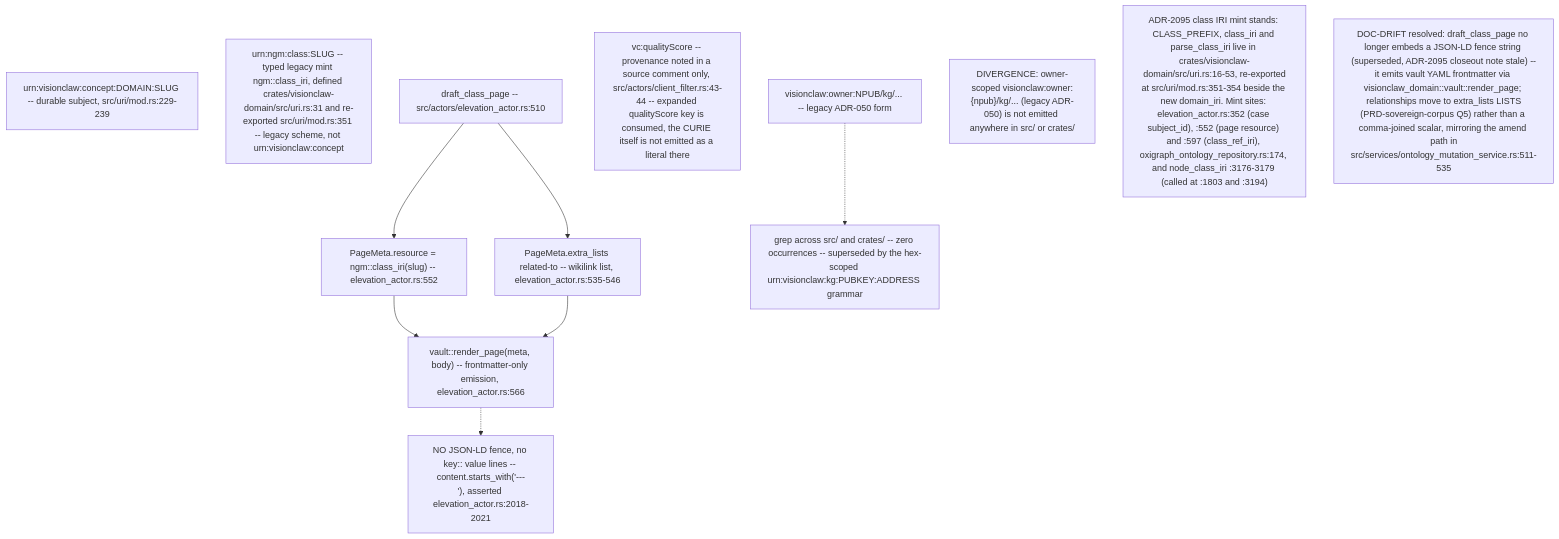
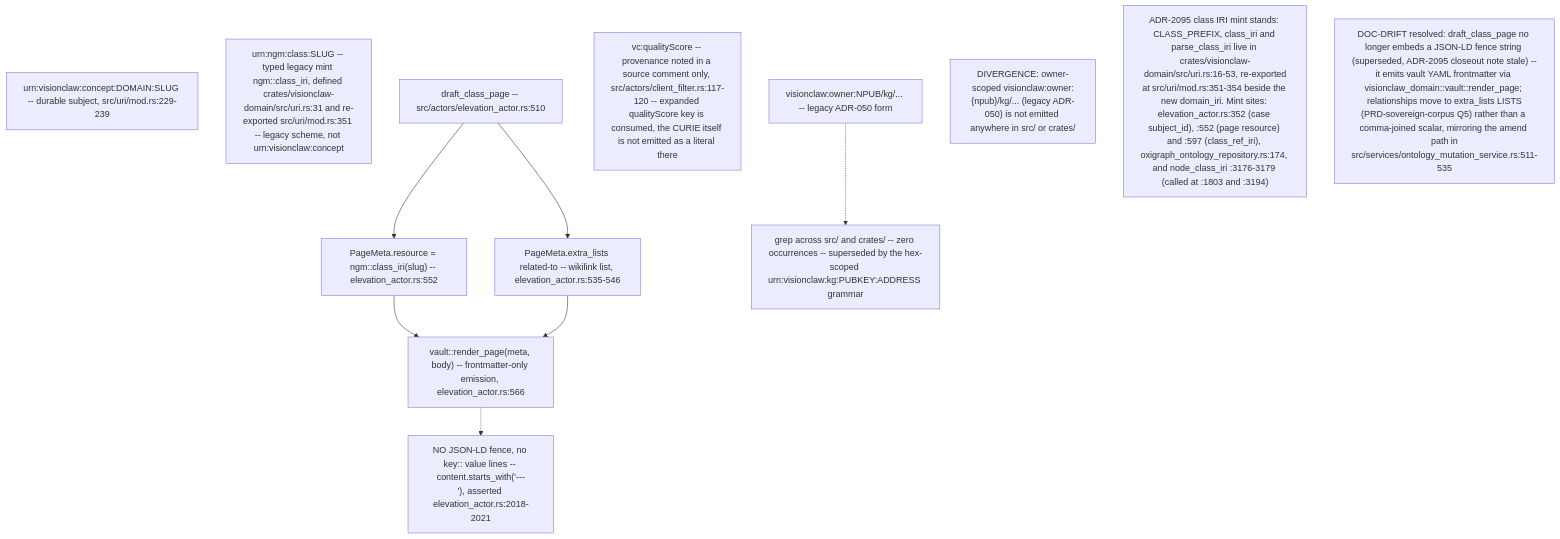
One commit to DreamLab-AI/VisionFlow changed the ninth of 10 diagrams in docs/diagrams/visionclaw/23-identifiers-urn-did-sha12.md. Above: the diagram before and after it, drawn with Mermaid. The commit also changed other lines of this file and 81 other files, not shown here.

First line of the commit message:
docs(diagrams): roll VisionClaw topics to main 010e1109b (PR 37 and 38 merged); fix remaining prose citations

````diff
--- a/docs/diagrams/visionclaw/23-identifiers-urn-did-sha12.md
+++ b/docs/diagrams/visionclaw/23-identifiers-urn-did-sha12.md
@@ -328,16 +328,16 @@
 ```mermaid
 flowchart TD
     Concept["urn:visionclaw:concept:DOMAIN:SLUG -- durable subject, src/uri/mod.rs:229-239"]
     LegacyClass["urn:ngm:class:SLUG -- typed legacy mint ngm::class_iri, defined crates/visionclaw-domain/src/uri.rs:31 and re-exported src/uri/mod.rs:351 -- legacy scheme, not urn:visionclaw:concept"]
     Draft["draft_class_page -- src/actors/elevation_actor.rs:510"] --> Meta["PageMeta.resource = ngm::class_iri(slug) -- elevation_actor.rs:552"]
     Draft --> Lists["PageMeta.extra_lists related-to -- wikilink list, elevation_actor.rs:535-546"]
     Meta --> Render["vault::render_page(meta, body) -- frontmatter-only emission, elevation_actor.rs:566"]
     Lists --> Render
     Render -.-> NoFence["NO JSON-LD fence, no key:: value lines -- content.starts_with('---\n'), asserted elevation_actor.rs:2018-2021"]
-    QS["vc:qualityScore -- provenance noted in a source comment only, src/actors/client_filter.rs:43-44 -- expanded qualityScore key is consumed, the CURIE itself is not emitted as a literal there"]
+    QS["vc:qualityScore -- provenance noted in a source comment only, src/actors/client_filter.rs:117-120 -- expanded qualityScore key is consumed, the CURIE itself is not emitted as a literal there"]
     OwnerScoped["visionclaw:owner:NPUB/kg/... -- legacy ADR-050 form"] -.-> Absent["grep across src/ and crates/ -- zero occurrences -- superseded by the hex-scoped urn:visionclaw:kg:PUBKEY:ADDRESS grammar"]
 
     DivB["DIVERGENCE: owner-scoped visionclaw:owner:{npub}/kg/... (legacy ADR-050) is not emitted anywhere in src/ or crates/"]
     DriftX["ADR-2095 class IRI mint stands: CLASS_PREFIX, class_iri and parse_class_iri live in crates/visionclaw-domain/src/uri.rs:16-53, re-exported<br/>at src/uri/mod.rs:351-354 beside the new domain_iri. Mint sites: elevation_actor.rs:352 (case subject_id), :552 (page resource) and :597 (class_ref_iri), oxigraph_ontology_repository.rs:174, and node_class_iri :3176-3179 (called at :1803 and :3194)"]
     Refactor["DOC-DRIFT resolved: draft_class_page no longer embeds a JSON-LD fence string (superseded, ADR-2095 closeout note stale) --<br/>it emits vault YAML frontmatter via visionclaw_domain::vault::render_page; relationships move to extra_lists LISTS<br/>(PRD-sovereign-corpus Q5) rather than a comma-joined scalar, mirroring the amend path in<br/>src/services/ontology_mutation_service.rs:511-535"]
 ```
````
